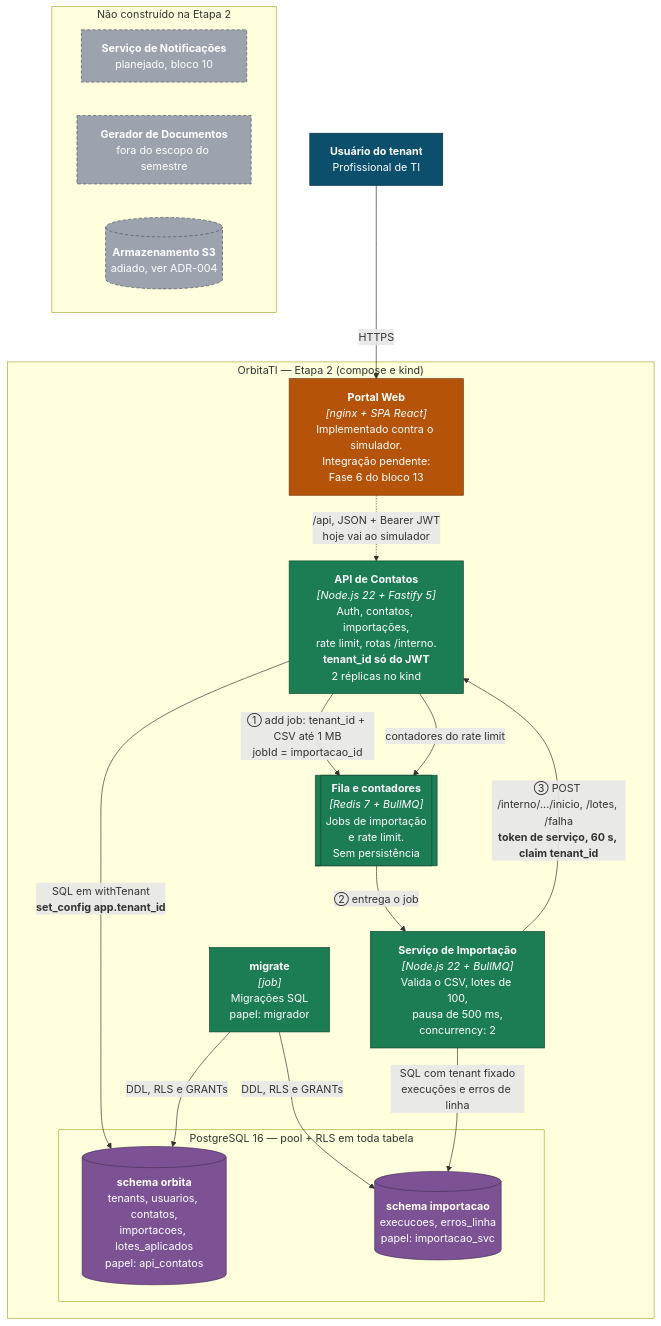
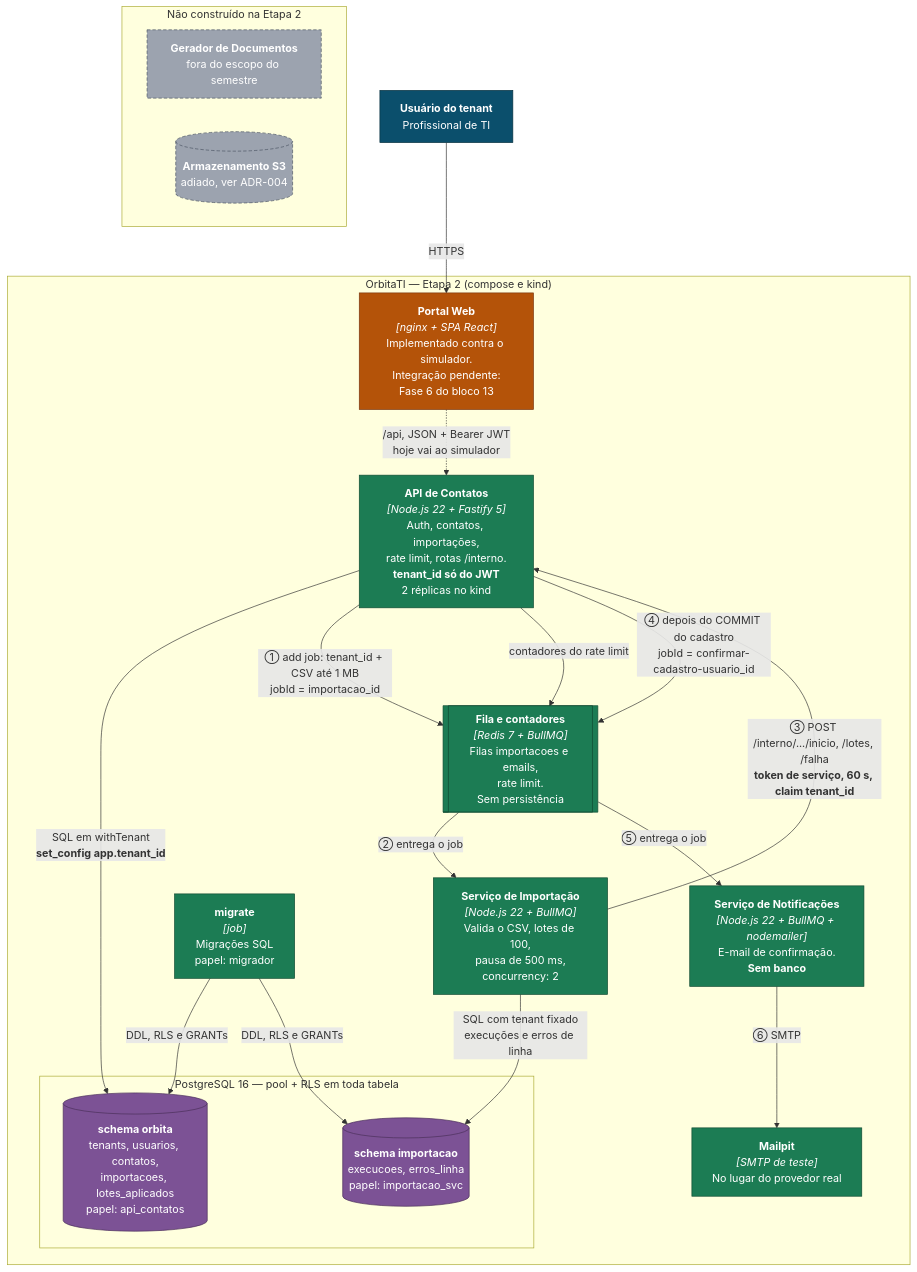
Before and after one commit to andrielschultzz/OrbitaTI: the fourth of 5 diagrams in docs/02-arquitetura-c4.md, drawn with Mermaid. The commit also changed other lines of this file and 44 other files, not shown here.

Commit message:
Bloco 10: e-mail de confirmacao (fila emails, servico de notificacoes, Mailpit) e CQ-03 medido

````diff
--- a/docs/02-arquitetura-c4.md
+++ b/docs/02-arquitetura-c4.md
@@ -224,50 +225,56 @@
 ```mermaid
 flowchart TB
     user["<b>Usuário do tenant</b><br/>Profissional de TI"]
 
     subgraph sistema["OrbitaTI — Etapa 2 (compose e kind)"]
         portal["<b>Portal Web</b><br/><i>[nginx + SPA React]</i><br/>Implementado contra o simulador.<br/>Integração pendente:<br/>Fase 6 do bloco 13"]
 
         api["<b>API de Contatos</b><br/><i>[Node.js 22 + Fastify 5]</i><br/>Auth, contatos, importações,<br/>rate limit, rotas /interno.<br/><b>tenant_id só do JWT</b><br/>2 réplicas no kind"]
 
-        redis[["<b>Fila e contadores</b><br/><i>[Redis 7 + BullMQ]</i><br/>Jobs de importação<br/>e rate limit.<br/>Sem persistência"]]
+        redis[["<b>Fila e contadores</b><br/><i>[Redis 7 + BullMQ]</i><br/>Filas importacoes e emails,<br/>rate limit.<br/>Sem persistência"]]
 
         worker["<b>Serviço de Importação</b><br/><i>[Node.js 22 + BullMQ]</i><br/>Valida o CSV, lotes de 100,<br/>pausa de 500 ms,<br/>concurrency: 2"]
 
         subgraph pg["PostgreSQL 16 — pool + RLS em toda tabela"]
             orbita[("<b>schema orbita</b><br/>tenants, usuarios, contatos,<br/>importacoes, lotes_aplicados<br/>papel: api_contatos")]
             imp[("<b>schema importacao</b><br/>execucoes, erros_linha<br/>papel: importacao_svc")]
         end
 
         migrate["<b>migrate</b><br/><i>[job]</i><br/>Migrações SQL<br/>papel: migrador"]
+
+        notif["<b>Serviço de Notificações</b><br/><i>[Node.js 22 + BullMQ + nodemailer]</i><br/>E-mail de confirmação.<br/><b>Sem banco</b>"]
+
+        mailpit["<b>Mailpit</b><br/><i>[SMTP de teste]</i><br/>No lugar do provedor real"]
     end
 
     subgraph naofeito["Não construído na Etapa 2"]
-        notif["<b>Serviço de Notificações</b><br/>planejado, bloco 10"]
         wdoc["<b>Gerador de Documentos</b><br/>fora do escopo do semestre"]
         blob[("<b>Armazenamento S3</b><br/>adiado, ver ADR-004")]
     end
 
     user -->|"HTTPS"| portal
     portal -.->|"/api, JSON + Bearer JWT<br/>hoje vai ao simulador"| api
     api -->|"SQL em withTenant<br/><b>set_config app.tenant_id</b>"| orbita
     api -->|"① add job: tenant_id + CSV até 1 MB<br/>jobId = importacao_id"| redis
     api -->|"contadores do rate limit"| redis
     redis -->|"② entrega o job"| worker
     worker -->|"③ POST /interno/.../inicio, /lotes, /falha<br/><b>token de serviço, 60 s, claim tenant_id</b>"| api
     worker -->|"SQL com tenant fixado<br/>execuções e erros de linha"| imp
     migrate -->|"DDL, RLS e GRANTs"| orbita
     migrate -->|"DDL, RLS e GRANTs"| imp
+    api -->|"④ depois do COMMIT do cadastro<br/>jobId = confirmar-cadastro-usuario_id"| redis
+    redis -->|"⑤ entrega o job"| notif
+    notif -->|"⑥ SMTP"| mailpit
 
     classDef pessoa fill:#0b4f6c,stroke:#08313f,color:#fff
     classDef container fill:#1c7c54,stroke:#0f4a31,color:#fff
     classDef dados fill:#7c5295,stroke:#4a2f59,color:#fff
     classDef parcial fill:#b45309,stroke:#78350f,color:#fff
     classDef ausente fill:#9ca3af,stroke:#4b5563,color:#fff,stroke-dasharray: 5 3
 
     class user pessoa
-    class api,redis,worker,migrate container
+    class api,redis,worker,migrate,notif,mailpit container
     class orbita,imp dados
     class portal parcial
-    class notif,wdoc,blob ausente
+    class wdoc,blob ausente
 ```
````
